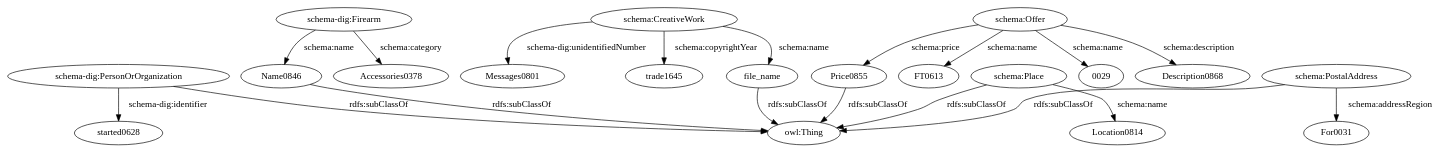
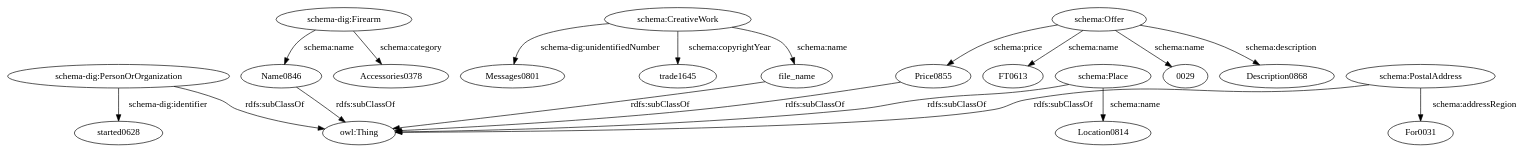
Before and after one commit to giuseppefutia/semi: the diagram in data/taheriyan2016/task_04/semantic_models/plausibles/dot/theoutdoorstrader.dot, drawn with Graphviz. The commit also changed 89 other files, not shown here.

```diff
--- a/data/taheriyan2016/task_04/semantic_models/plausibles/dot/theoutdoorstrader.dot
+++ b/data/taheriyan2016/task_04/semantic_models/plausibles/dot/theoutdoorstrader.dot
@@ -1,39 +1,39 @@
 digraph {
   Accessories0378 [type=attribute_name,label=Accessories0378]
   "schema-dig:Firearm1" [type=class_uri,label="schema-dig:Firearm"]
   Name0846 [type=attribute_name,label=Name0846]
   started0628 [type=attribute_name,label=started0628]
   "schema-dig:PersonOrOrganization1" [type=class_uri,label="schema-dig:PersonOrOrganization"]
   Messages0801 [type=attribute_name,label=Messages0801]
   "schema:CreativeWork1" [type=class_uri,label="schema:CreativeWork"]
   trade1645 [type=attribute_name,label=trade1645]
   file_name [type=attribute_name,label=file_name]
   Description0868 [type=attribute_name,label=Description0868]
   "schema:Offer1" [type=class_uri,label="schema:Offer"]
   FT0613 [type=attribute_name,label=FT0613]
   "0029" [type=attribute_name,label="0029"]
   Price0855 [type=attribute_name,label=Price0855]
   Location0814 [type=attribute_name,label=Location0814]
   "schema:Place1" [type=class_uri,label="schema:Place"]
   For0031 [type=attribute_name,label=For0031]
   "schema:PostalAddress1" [type=class_uri,label="schema:PostalAddress"]
   "owl:Thing" [type=special,label="owl:Thing"]
   "schema-dig:Firearm1" -> Accessories0378 [label="schema:category",type=st_property_uri]
   "schema-dig:Firearm1" -> Name0846 [label="schema:name",type=st_property_uri]
   "schema-dig:PersonOrOrganization1" -> started0628 [label="schema-dig:identifier",type=st_property_uri]
   "schema:CreativeWork1" -> Messages0801 [label="schema-dig:unidentifiedNumber",type=st_property_uri]
   "schema:CreativeWork1" -> trade1645 [label="schema:copyrightYear",type=st_property_uri]
   "schema:CreativeWork1" -> file_name [label="schema:name",type=st_property_uri]
   "schema:Offer1" -> Description0868 [label="schema:description",type=st_property_uri]
   "schema:Offer1" -> FT0613 [label="schema:name",type=st_property_uri]
   "schema:Offer1" -> "0029" [label="schema:name",type=st_property_uri]
   "schema:Offer1" -> Price0855 [label="schema:price",type=st_property_uri]
   "schema:Place1" -> Location0814 [label="schema:name",type=st_property_uri]
   "schema:PostalAddress1" -> For0031 [label="schema:addressRegion",type=st_property_uri]
-  Name0846 -> "owl:Thing" [label="rdfs:subClassOf",type=inherited]
-  "schema-dig:PersonOrOrganization1" -> "owl:Thing" [label="rdfs:subClassOf",type=inherited]
-  file_name -> "owl:Thing" [label="rdfs:subClassOf",type=inherited]
-  Price0855 -> "owl:Thing" [label="rdfs:subClassOf",type=inherited]
-  "schema:Place1" -> "owl:Thing" [label="rdfs:subClassOf",type=inherited]
-  "schema:PostalAddress1" -> "owl:Thing" [label="rdfs:subClassOf",type=inherited]
+  Name0846 -> "owl:Thing" [label="rdfs:subClassOf",type=inherited,weight=0.3333333333333333]
+  "schema-dig:PersonOrOrganization1" -> "owl:Thing" [label="rdfs:subClassOf",type=inherited,weight=0.3333333333333333]
+  file_name -> "owl:Thing" [label="rdfs:subClassOf",type=inherited,weight=0.3333333333333333]
+  Price0855 -> "owl:Thing" [label="rdfs:subClassOf",type=inherited,weight=0.3333333333333333]
+  "schema:Place1" -> "owl:Thing" [label="rdfs:subClassOf",type=inherited,weight=0.3333333333333333]
+  "schema:PostalAddress1" -> "owl:Thing" [label="rdfs:subClassOf",type=inherited,weight=0.3333333333333333]
 }
```
